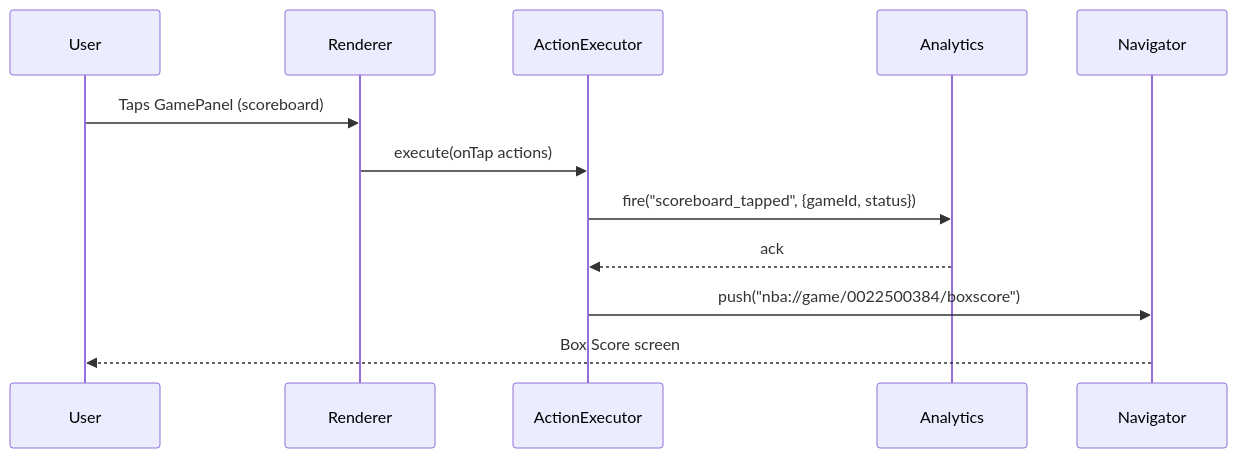
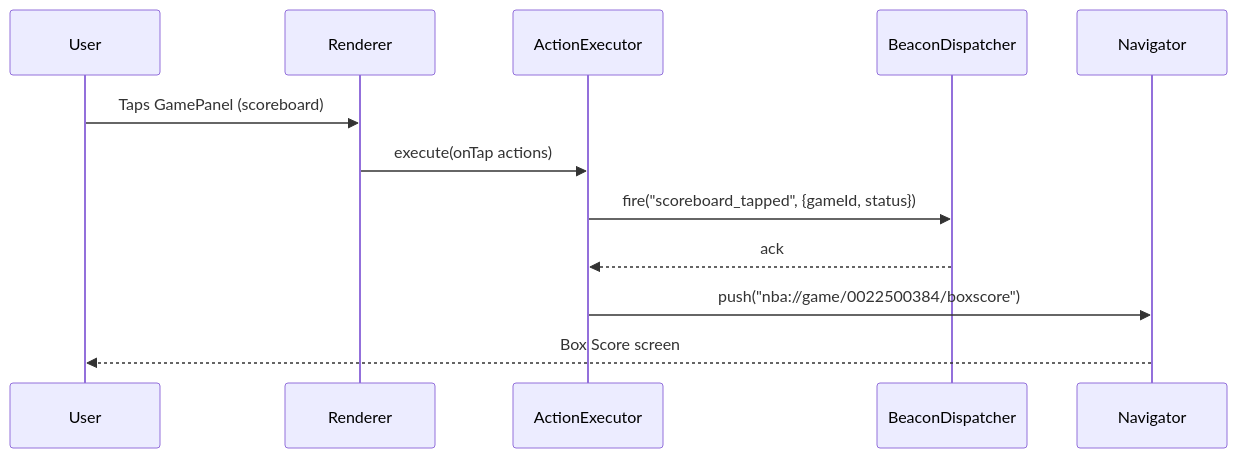
One commit to bakburner/sdui-learn changed the fourth of 12 diagrams in docs/sdui-requirements-summary.md. Above: the diagram before and after it, drawn with Mermaid. The commit also changed other lines of this file and 26 other files, not shown here.

````diff
--- a/docs/sdui-requirements-summary.md
+++ b/docs/sdui-requirements-summary.md
@@ -277,15 +278,15 @@
 ```mermaid
 sequenceDiagram
     participant User
     participant Renderer
     participant ActionExecutor
-    participant Analytics
+    participant BeaconDispatcher
     participant Navigator
 
     User->>Renderer: Taps GamePanel (scoreboard)
     Renderer->>ActionExecutor: execute(onTap actions)
-    ActionExecutor->>Analytics: fire("scoreboard_tapped", {gameId, status})
-    Analytics-->>ActionExecutor: ack
+    ActionExecutor->>BeaconDispatcher: fire("scoreboard_tapped", {gameId, status})
+    BeaconDispatcher-->>ActionExecutor: ack
     ActionExecutor->>Navigator: push("nba://game/0022500384/boxscore")
     Navigator-->>User: Box Score screen
 ```
````
